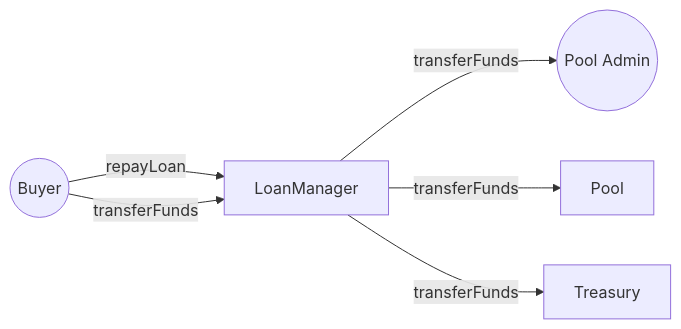
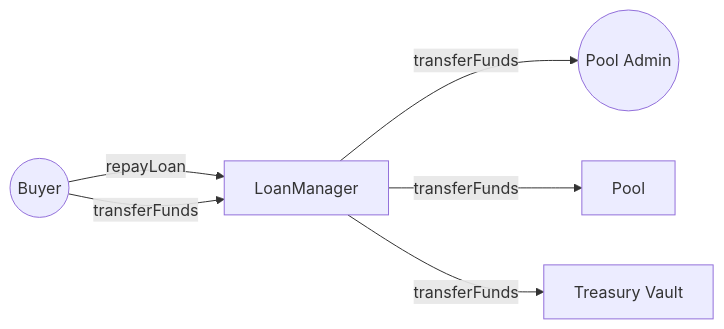
Before and after one commit to isle-labs/isle-docs: the fifth of 10 diagrams in docs/contracts/diagrams.md, drawn with Mermaid. The commit also changed other lines of this file and 7 other files, not shown here.

Commit message:
GITBOOK-27: Update and add diagrams

````diff
--- a/docs/contracts/diagrams.md
+++ b/docs/contracts/diagrams.md
@@ -70,13 +62,13 @@
 ```mermaid
 flowchart LR
   B((Buyer))
   LM[LoanManager]
-  T[Treasury]
+  TV[Treasury Vault]
   PA((Pool Admin))
   P[Pool]
   B -- "repayLoan" --> LM
   B -- "transferFunds" --> LM
   LM -- "transferFunds" --> PA
   LM -- "transferFunds" --> P
-  LM -- "transferFunds" --> T
+  LM -- "transferFunds" --> TV
 ```
````
